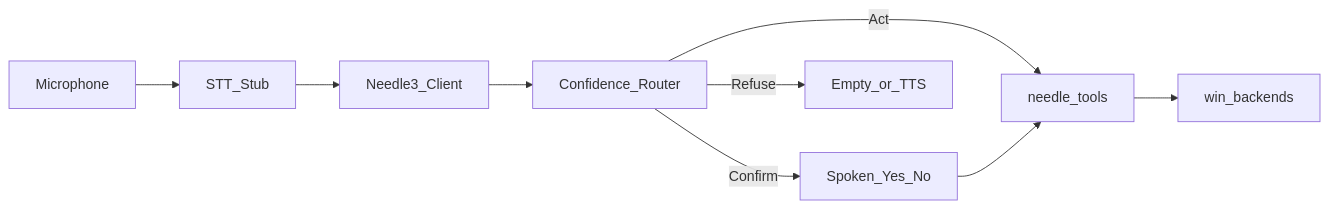
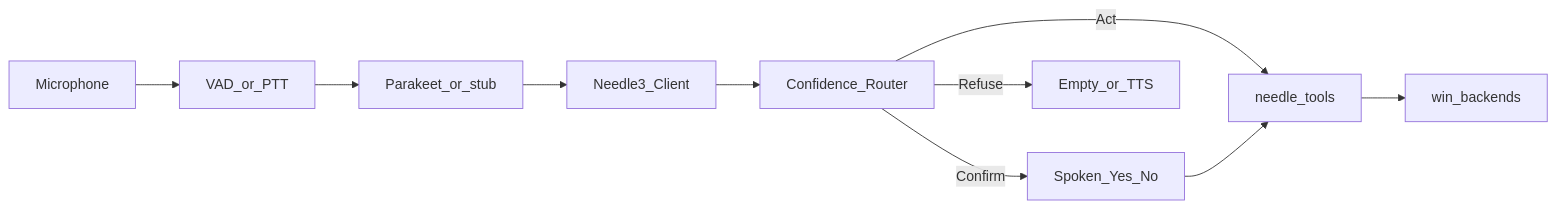
One commit to Jashith127/cacti changed the first of 2 diagrams in README.md. Above: the diagram before and after it, drawn with Mermaid. The commit also changed other lines of this file and 17 other files, not shown here.

First line of the commit message:
Add hidden fuzzy orb UI with VAD/PTT wake and CUDA Parakeet ASR

````diff
--- a/README.md
+++ b/README.md
@@ -7,11 +7,12 @@
 ```mermaid
 flowchart LR
-  Mic[Microphone] --> STT[STT_Stub]
+  Mic[Microphone] --> Wake[VAD_or_PTT]
+  Wake --> STT[Parakeet_or_stub]
   STT --> Needle[Needle3_Client]
   Needle --> Router[Confidence_Router]
   Router -->|Act| Tools[needle_tools]
   Router -->|Confirm| Confirm[Spoken_Yes_No]
   Confirm --> Tools
   Router -->|Refuse| Refuse[Empty_or_TTS]
   Tools --> Win[win_backends]
 ```
````
